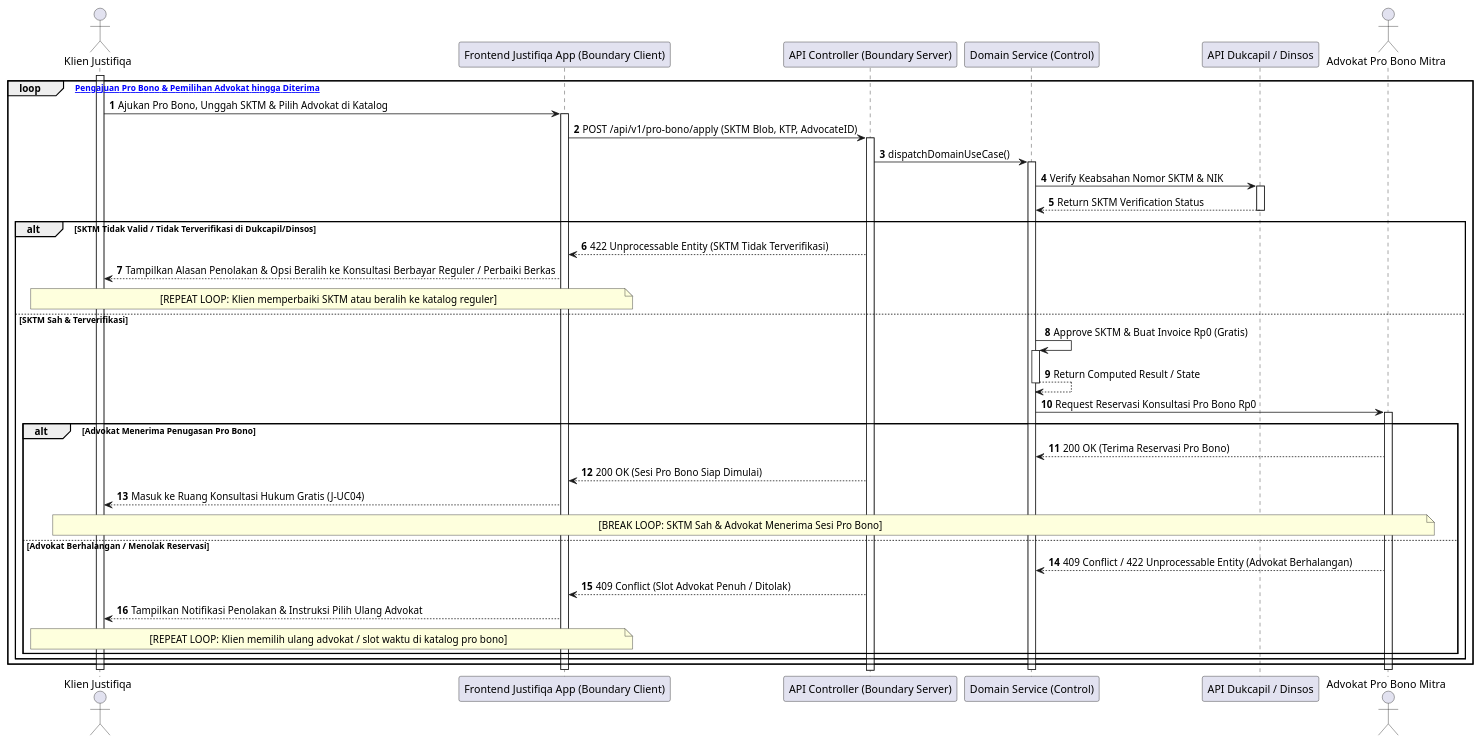
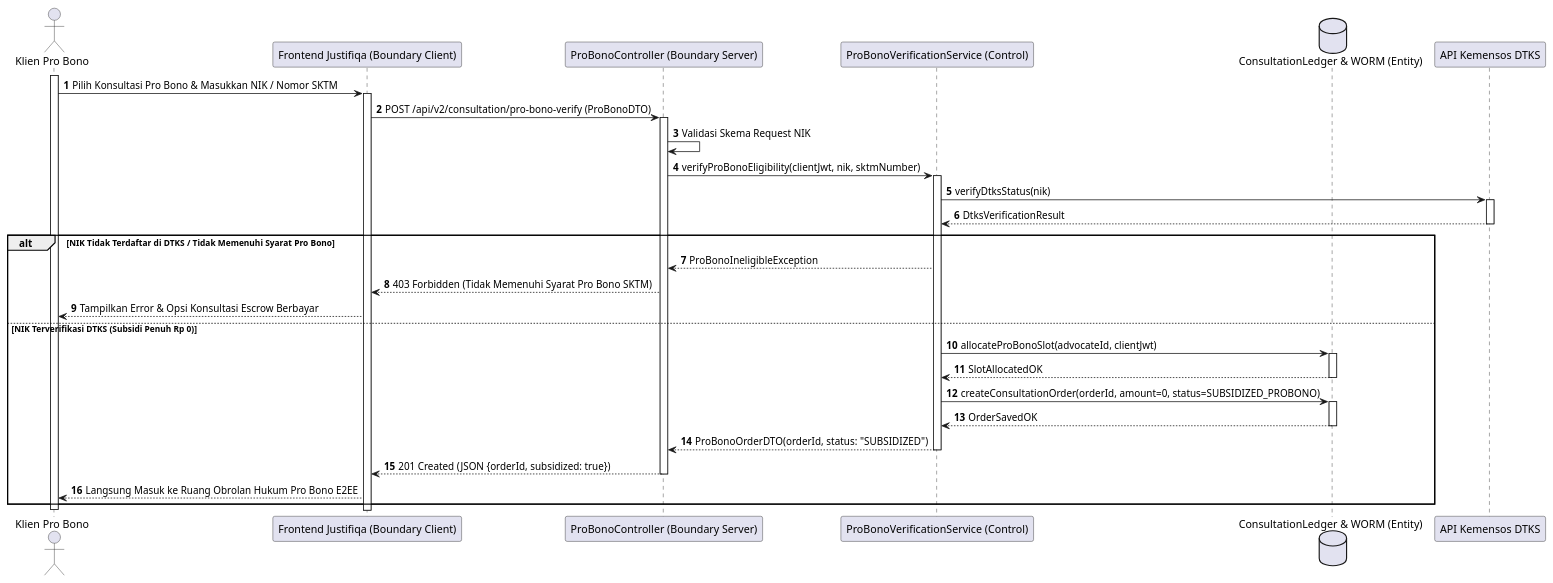
One commit to tupperwureism/SuperApp-Gagal changed the seventh of 28 diagrams in MarkDown/plantuml_sequence_diagrams.md. Above: the diagram before and after it, drawn with PlantUML. The commit also changed other lines of this file and 1 other file, not shown here.

Commit message:
fix(sequence-diagrams): regenerate all 28 Sequence Diagrams with deterministic hand-crafted 5-Lifeline BCE flows

````diff
--- a/MarkDown/plantuml_sequence_diagrams.md
+++ b/MarkDown/plantuml_sequence_diagrams.md
@@ -414,47 +316,34 @@
 ```plantuml
 @startuml
 autonumber
-actor "Klien Justifiqa" as Klien
-participant "Frontend Justifiqa App (Boundary Client)" as B_FE
-participant "API Controller (Boundary Server)" as B_BE
-participant "Domain Service (Control)" as C_Svc
-participant "Backend Independen Justifiqa" as C_Svc
-participant "API Dukcapil / Dinsos" as Ext
-actor "Advokat Pro Bono Mitra" as Mitra
+actor "Klien Pro Bono" as User
+participant "Frontend Justifiqa (Boundary Client)" as B_FE
+participant "ProBonoController (Boundary Server)" as B_BE
+participant "ProBonoVerificationService (Control)" as C_Svc
+database "ConsultationLedger & WORM (Entity)" as E_DB
+participant "API Kemensos DTKS" as Kemensos
 
-activate Klien
-loop [Percobaan Pengajuan Pro Bono & Pemilihan Advokat hingga Diterima]
-    Klien -> B_FE ++ : Ajukan Pro Bono, Unggah SKTM & Pilih Advokat di Katalog
-    B_FE -> B_BE ++ : POST /api/v1/pro-bono/apply (SKTM Blob, KTP, AdvocateID)
-    B_BE -> C_Svc ++ : dispatchDomainUseCase()
-    C_Svc -> Ext ++ : Verify Keabsahan Nomor SKTM & NIK
-    Ext --> C_Svc -- : Return SKTM Verification Status
+activate User
+User -> B_FE ++ : Pilih Konsultasi Pro Bono & Masukkan NIK / Nomor SKTM
+B_FE -> B_BE ++ : POST /api/v2/consultation/pro-bono-verify (ProBonoDTO)
+B_BE -> B_BE : Validasi Skema Request NIK
+B_BE -> C_Svc ++ : verifyProBonoEligibility(clientJwt, nik, sktmNumber)
+C_Svc -> Kemensos ++ : verifyDtksStatus(nik)
+Kemensos --> C_Svc -- : DtksVerificationResult
 
-    alt SKTM Tidak Valid / Tidak Terverifikasi di Dukcapil/Dinsos
-        B_BE --> B_FE : 422 Unprocessable Entity (SKTM Tidak Terverifikasi)
-        B_FE --> Klien : Tampilkan Alasan Penolakan & Opsi Beralih ke Konsultasi Berbayar Reguler / Perbaiki Berkas
-        note over Klien, B_FE : [REPEAT LOOP: Klien memperbaiki SKTM atau beralih ke katalog reguler]
-    else SKTM Sah & Terverifikasi
-        C_Svc -> C_Svc ++ : Approve SKTM & Buat Invoice Rp0 (Gratis)
-        C_Svc --> C_Svc -- : Return Computed Result / State
-        C_Svc -> Mitra ++ : Request Reservasi Konsultasi Pro Bono Rp0
-        
-        alt Advokat Menerima Penugasan Pro Bono
-            Mitra --> C_Svc : 200 OK (Terima Reservasi Pro Bono)
-            B_BE --> B_FE : 200 OK (Sesi Pro Bono Siap Dimulai)
-            B_FE --> Klien : Masuk ke Ruang Konsultasi Hukum Gratis (J-UC04)
-            note over Klien, Mitra : [BREAK LOOP: SKTM Sah & Advokat Menerima Sesi Pro Bono]
-        else Advokat Berhalangan / Menolak Reservasi
-            Mitra --> C_Svc : 409 Conflict / 422 Unprocessable Entity (Advokat Berhalangan)
-            B_BE --> B_FE : 409 Conflict (Slot Advokat Penuh / Ditolak)
-            B_FE --> Klien : Tampilkan Notifikasi Penolakan & Instruksi Pilih Ulang Advokat
-            note over Klien, B_FE : [REPEAT LOOP: Klien memilih ulang advokat / slot waktu di katalog pro bono]
-        end
-    end
+alt NIK Tidak Terdaftar di DTKS / Tidak Memenuhi Syarat Pro Bono
+    C_Svc --> B_BE : ProBonoIneligibleException
+    B_BE --> B_FE : 403 Forbidden (Tidak Memenuhi Syarat Pro Bono SKTM)
+    B_FE --> User : Tampilkan Error & Opsi Konsultasi Escrow Berbayar
+else NIK Terverifikasi DTKS (Subsidi Penuh Rp 0)
+    C_Svc -> E_DB ++ : allocateProBonoSlot(advocateId, clientJwt)
+    E_DB --> C_Svc -- : SlotAllocatedOK
+    C_Svc -> E_DB ++ : createConsultationOrder(orderId, amount=0, status=SUBSIDIZED_PROBONO)
+    E_DB --> C_Svc -- : OrderSavedOK
+    C_Svc --> B_BE -- : ProBonoOrderDTO(orderId, status: "SUBSIDIZED")
+    B_BE --> B_FE -- : 201 Created (JSON {orderId, subsidized: true})
+    B_FE --> User : Langsung Masuk ke Ruang Obrolan Hukum Pro Bono E2EE
 end
-deactivate C_Svc
-deactivate B_FE
-deactivate Klien
-deactivate Mitra
+deactivate User
 @enduml
 ```
````
